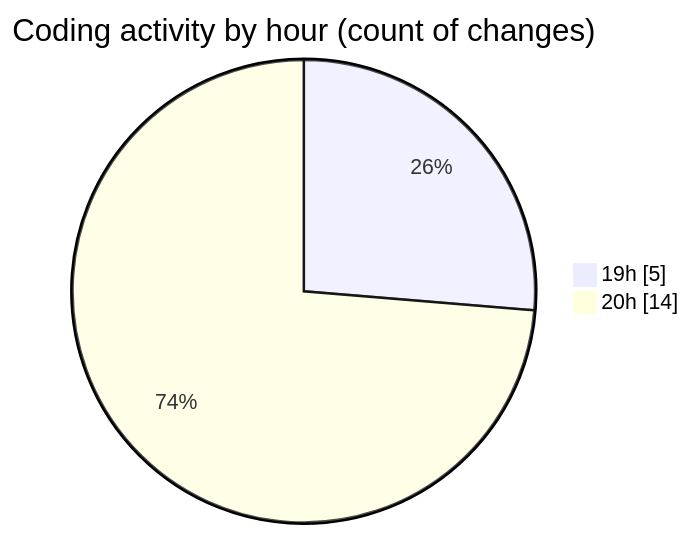
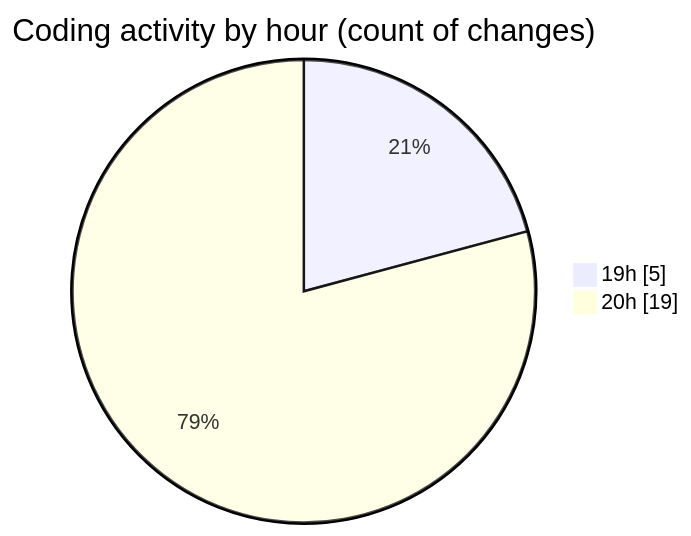
Before and after one commit to Netris89/code-tracking: the second of 2 diagrams in 2025-04-25/echo/README.md, drawn with Mermaid. The commit also changed other lines of this file and 1 other file, not shown here.

````diff
--- a/2025-04-25/echo/README.md
+++ b/2025-04-25/echo/README.md
@@ -30,6 +30,6 @@
 ```mermaid
 pie showData
 title Coding activity by hour (count of changes)
 "19h" : 5
-"20h" : 14
+"20h" : 19
 ```
````
